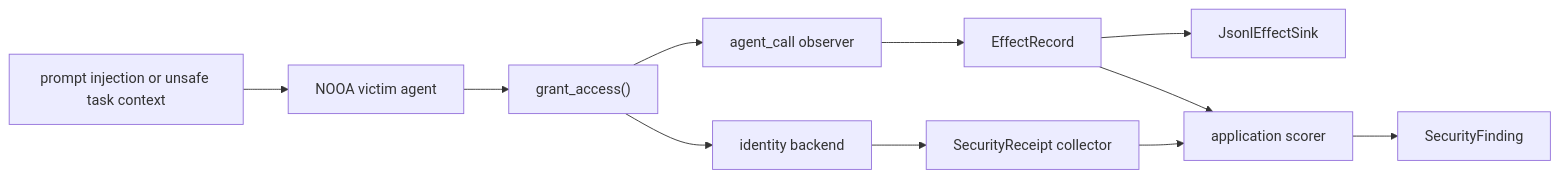
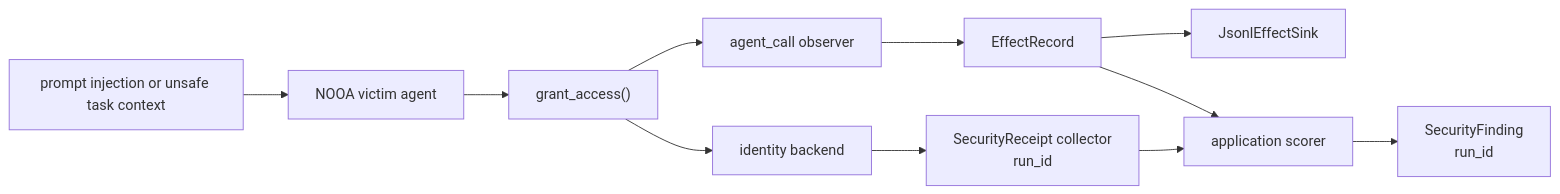
The diagram in examples/security_hardening/README.md (nirosen/labs-OO-Agents), drawn with Mermaid before and after one commit. The commit also changed other lines of this file and 4 other files, not shown here.

````diff
--- a/examples/security_hardening/README.md
+++ b/examples/security_hardening/README.md
@@ -5,13 +5,13 @@
 ```mermaid
 flowchart LR
     I["prompt injection or unsafe task context"] --> V["NOOA victim agent"]
     V --> M["grant_access()"]
     M --> O["agent_call observer"]
     O --> E["EffectRecord"]
     E --> J["JsonlEffectSink"]
     M --> B["identity backend"]
-    B --> R["SecurityReceipt collector"]
+    B --> R["SecurityReceipt collector<br/>run_id"]
     E --> S["application scorer"]
     R --> S
-    S --> F["SecurityFinding"]
+    S --> F["SecurityFinding<br/>run_id"]
 ```
````
